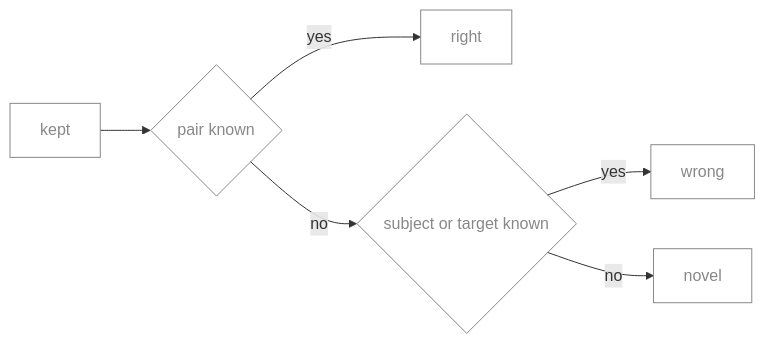
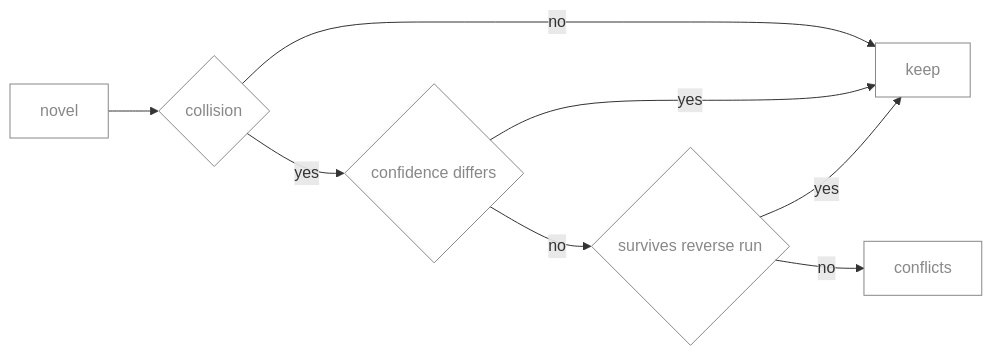
Before and after one commit to HarshitSoni1903/mapnet: the sixth of 6 diagrams in design/design.md, drawn with Mermaid. The commit also changed other lines of this file and 11 other files, not shown here.

````diff
--- a/design/design.md
+++ b/design/design.md
@@ -162,10 +164,12 @@
 ```mermaid
 flowchart LR
-    K[kept] --> P{pair known}
-    P -->|yes| R[right]
-    P -->|no| E{subject or target known}
-    E -->|yes| W[wrong]
-    E -->|no| N[novel]
+    N[novel] --> B{collision}
+    B -->|no| K[keep]
+    B -->|yes| C{confidence differs}
+    C -->|yes| K
+    C -->|no| V{survives reverse run}
+    V -->|yes| K
+    V -->|no| G[conflicts]
 
     classDef default fill:transparent,stroke:#888888,color:#888888
 ```
````
